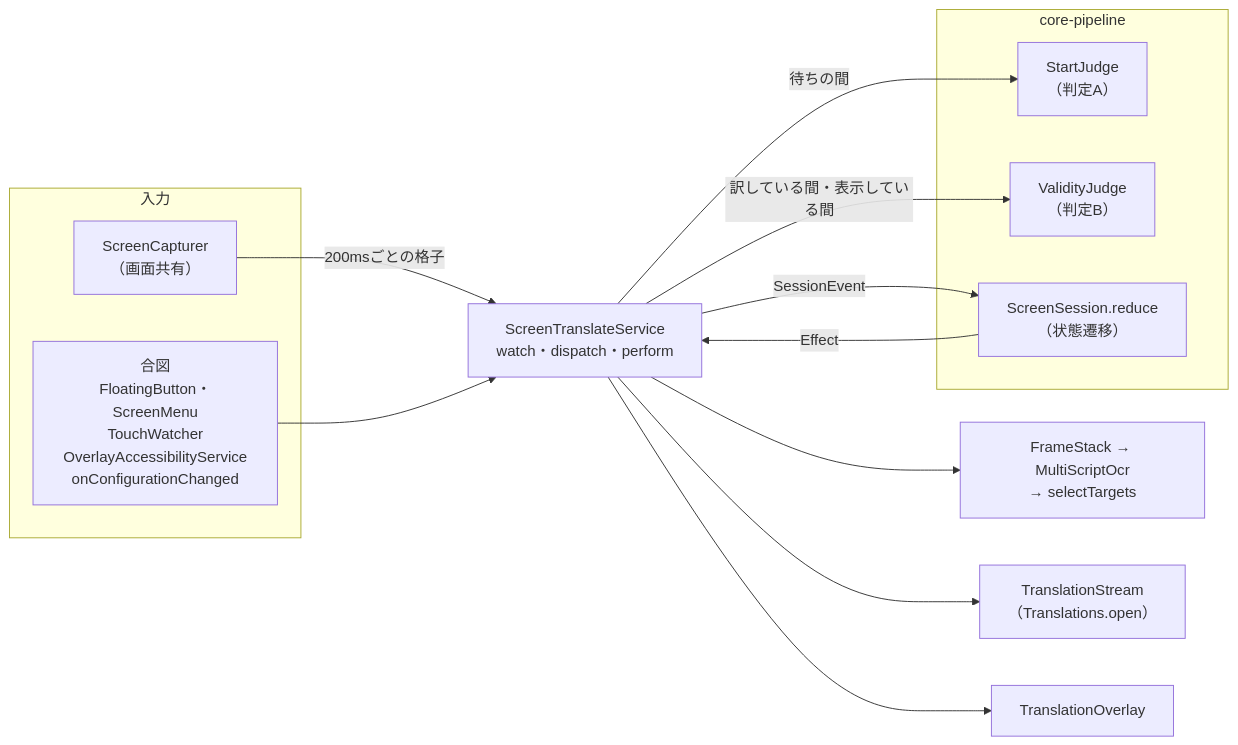
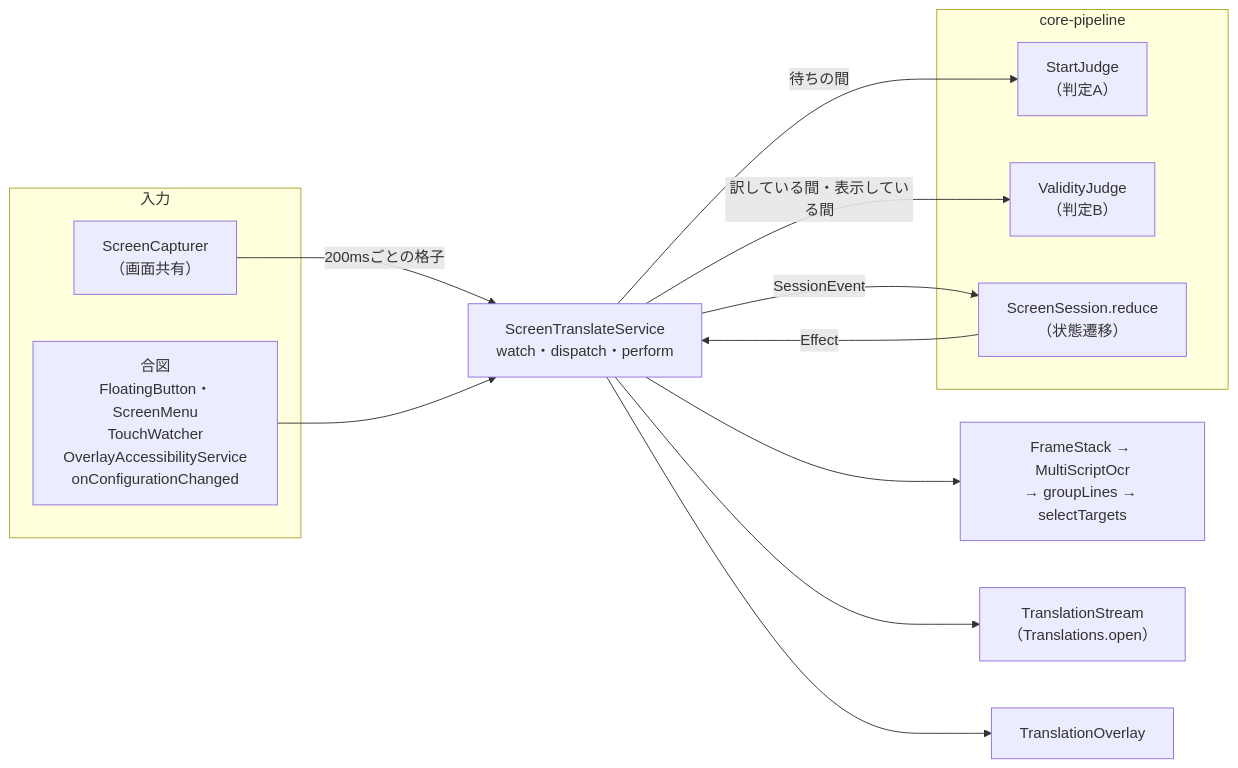
The first of 3 diagrams in docs/設計/画面翻訳.md (kagerouttepaso/PlamoTranslate), drawn with Mermaid before and after one commit. The commit also changed other lines of this file and 20 other files, not shown here.

````diff
--- a/docs/設計/画面翻訳.md
+++ b/docs/設計/画面翻訳.md
@@ -17,26 +17,26 @@
 ```mermaid
 flowchart LR
   subgraph 入力
     CAP["ScreenCapturer<br>（画面共有）"]
     SIG["合図<br>FloatingButton・ScreenMenu<br>TouchWatcher<br>OverlayAccessibilityService<br>onConfigurationChanged"]
   end
   subgraph 中核["core-pipeline"]
     A["StartJudge<br>（判定A）"]
     B["ValidityJudge<br>（判定B）"]
     SS["ScreenSession.reduce<br>（状態遷移）"]
   end
   SVC["ScreenTranslateService<br>watch・dispatch・perform"]
-  OCR["FrameStack → MultiScriptOcr<br>→ selectTargets"]
+  OCR["FrameStack → MultiScriptOcr<br>→ groupLines → selectTargets"]
   TS["TranslationStream<br>（Translations.open）"]
   OV["TranslationOverlay"]
 
   CAP -->|200msごとの格子| SVC
   SIG --> SVC
   SVC -->|待ちの間| A
   SVC -->|訳している間・表示している間| B
   SVC -->|SessionEvent| SS
   SS -->|Effect| SVC
   SVC --> OCR
   SVC --> TS
   SVC --> OV
 ```
````
